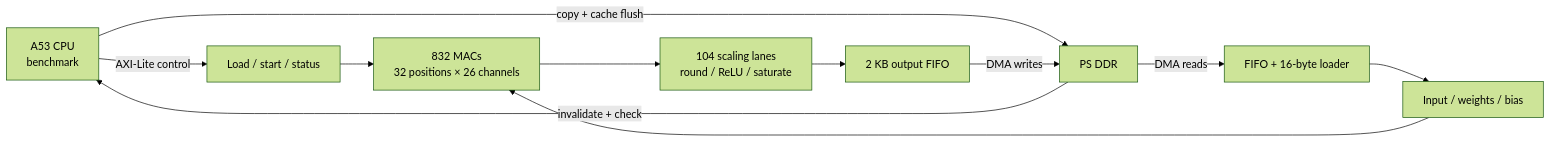
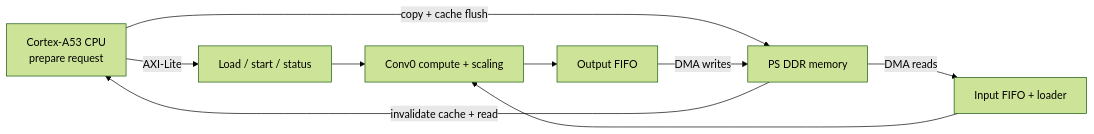
The fifth of 6 diagrams in resnet8_project/onboarding/MEETING_WALKTHROUGH.md (jacob-eratt/senior-design), drawn with Mermaid (forest theme) before and after one commit. The commit also changed other lines of this file and 2 other files, not shown here.

````diff
--- a/resnet8_project/onboarding/MEETING_WALKTHROUGH.md
+++ b/resnet8_project/onboarding/MEETING_WALKTHROUGH.md
@@ -45,13 +196,11 @@
 ```mermaid
 flowchart LR
-    CPU["A53 CPU\nbenchmark"] -->|"AXI-Lite control"| CTRL["Load / start / status"]
-    CPU -->|"copy + cache flush"| DDR["PS DDR"]
-    DDR -->|"DMA reads"| RX["FIFO + 16-byte loader"]
-    RX --> MEM["Input / weights / bias"]
-    MEM --> MAC["832 MACs\n32 positions × 26 channels"]
-    CTRL --> MAC
-    MAC --> Q["104 scaling lanes\nround / ReLU / saturate"]
-    Q --> FIFO["2 KB output FIFO"]
+    CPU["Cortex-A53 CPU\nprepare request"] -->|"AXI-Lite"| CTRL["Load / start / status"]
+    CPU -->|"copy + cache flush"| DDR["PS DDR memory"]
+    DDR -->|"DMA reads"| RX["Input FIFO + loader"]
+    RX --> CORE["Conv0 compute + scaling"]
+    CTRL --> CORE
+    CORE --> FIFO["Output FIFO"]
     FIFO -->|"DMA writes"| DDR
-    DDR -->|"invalidate + check"| CPU
+    DDR -->|"invalidate cache + read"| CPU
 ```
````
